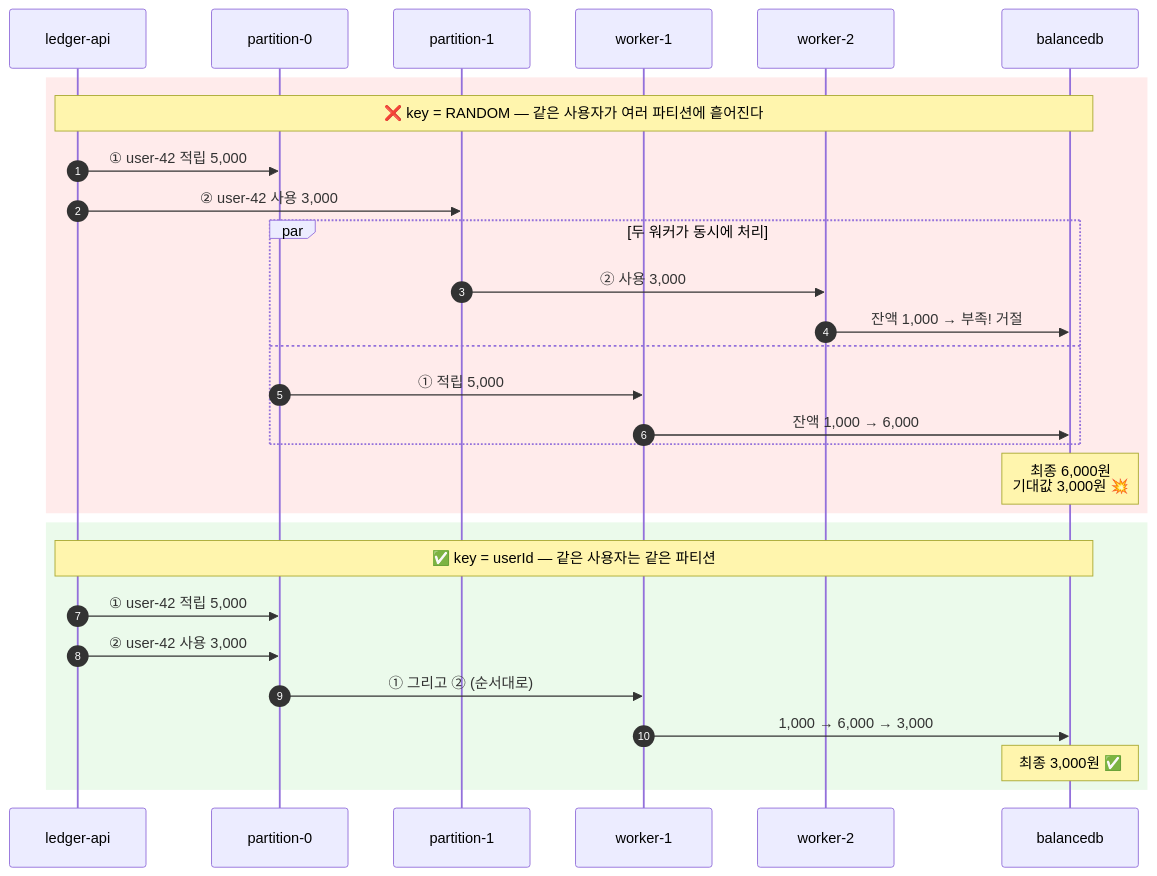
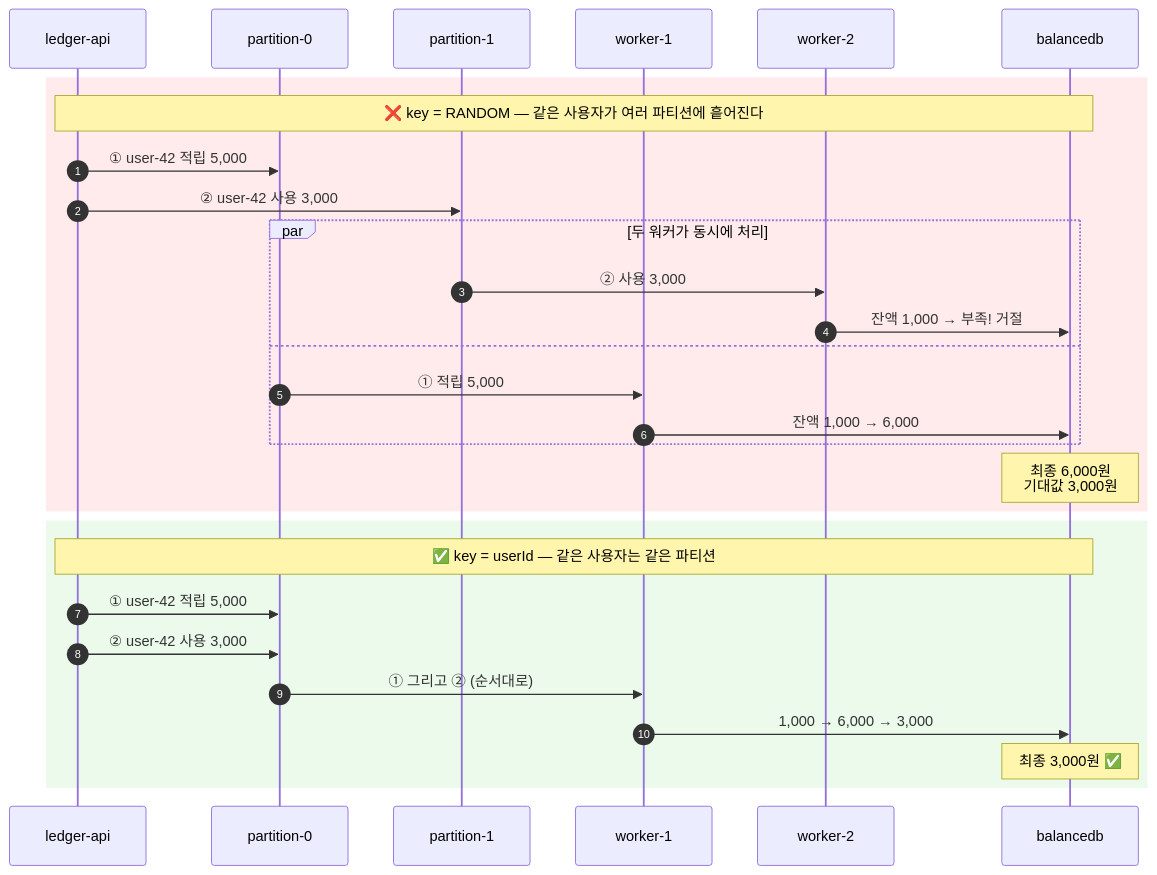
Before and after one commit to ytw9699/kafka_study: the third of 8 diagrams in docs/planning/02-architecture.md, drawn with Mermaid. The commit also changed other lines of this file and 20 other files, not shown here.

````diff
--- a/docs/planning/02-architecture.md
+++ b/docs/planning/02-architecture.md
@@ -159,33 +159,33 @@
 ```mermaid
 sequenceDiagram
     autonumber
     participant LA as ledger-api
     participant P0 as partition-0
     participant P1 as partition-1
     participant W1 as worker-1
     participant W2 as worker-2
     participant DB as balancedb
 
     rect rgb(255, 235, 235)
         Note over LA,DB: ❌ key = RANDOM — 같은 사용자가 여러 파티션에 흩어진다
         LA->>P0: ① user-42 적립 5,000
         LA->>P1: ② user-42 사용 3,000
         par 두 워커가 동시에 처리
             P1->>W2: ② 사용 3,000
             W2->>DB: 잔액 1,000 → 부족! 거절
         and
             P0->>W1: ① 적립 5,000
             W1->>DB: 잔액 1,000 → 6,000
         end
-        Note over DB: 최종 6,000원<br/>기대값 3,000원 💥
+        Note over DB: 최종 6,000원<br/>기대값 3,000원
     end
 
     rect rgb(235, 250, 235)
         Note over LA,DB: ✅ key = userId — 같은 사용자는 같은 파티션
         LA->>P0: ① user-42 적립 5,000
         LA->>P0: ② user-42 사용 3,000
         P0->>W1: ① 그리고 ② (순서대로)
         W1->>DB: 1,000 → 6,000 → 3,000
         Note over DB: 최종 3,000원 ✅
     end
 ```
````
